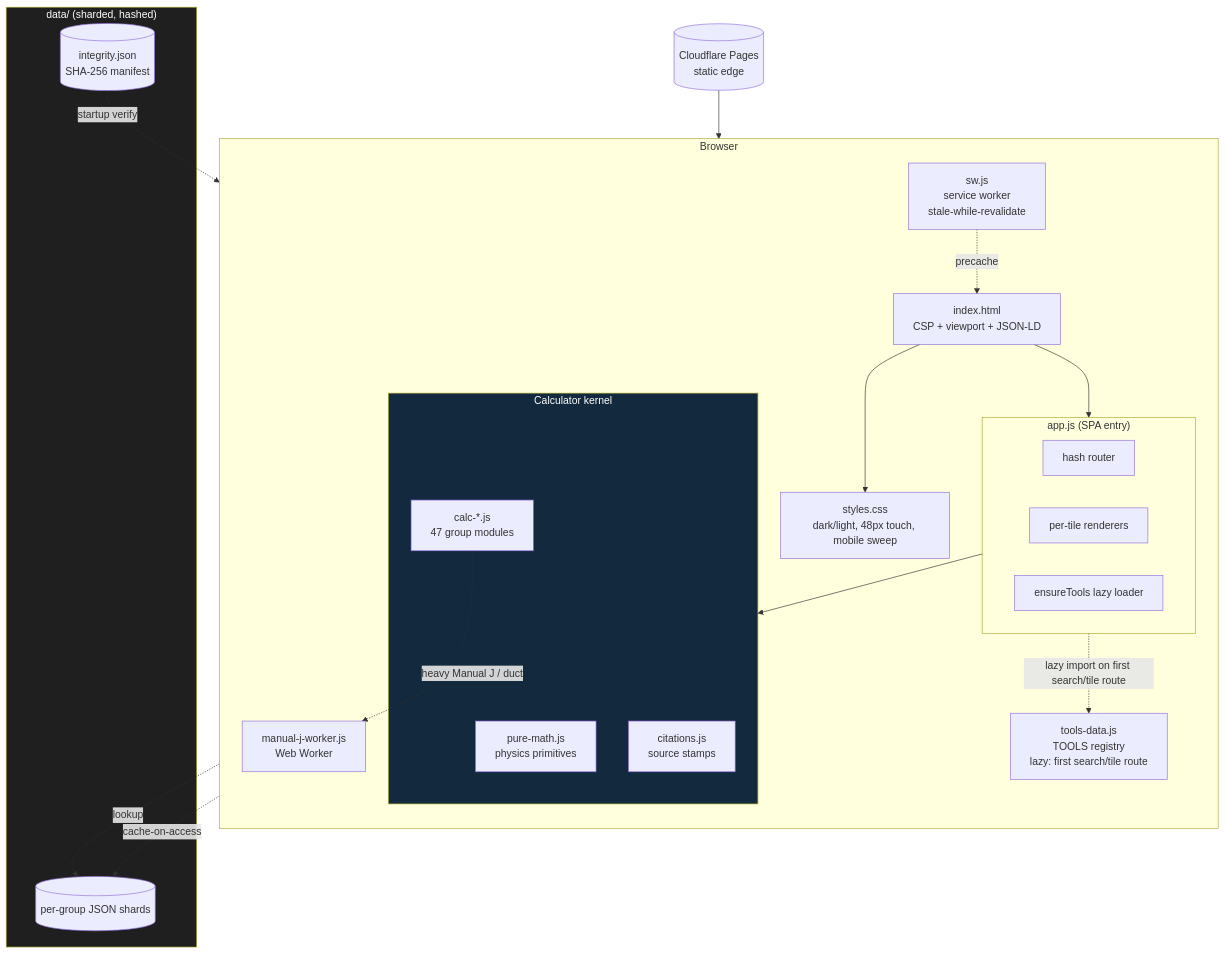
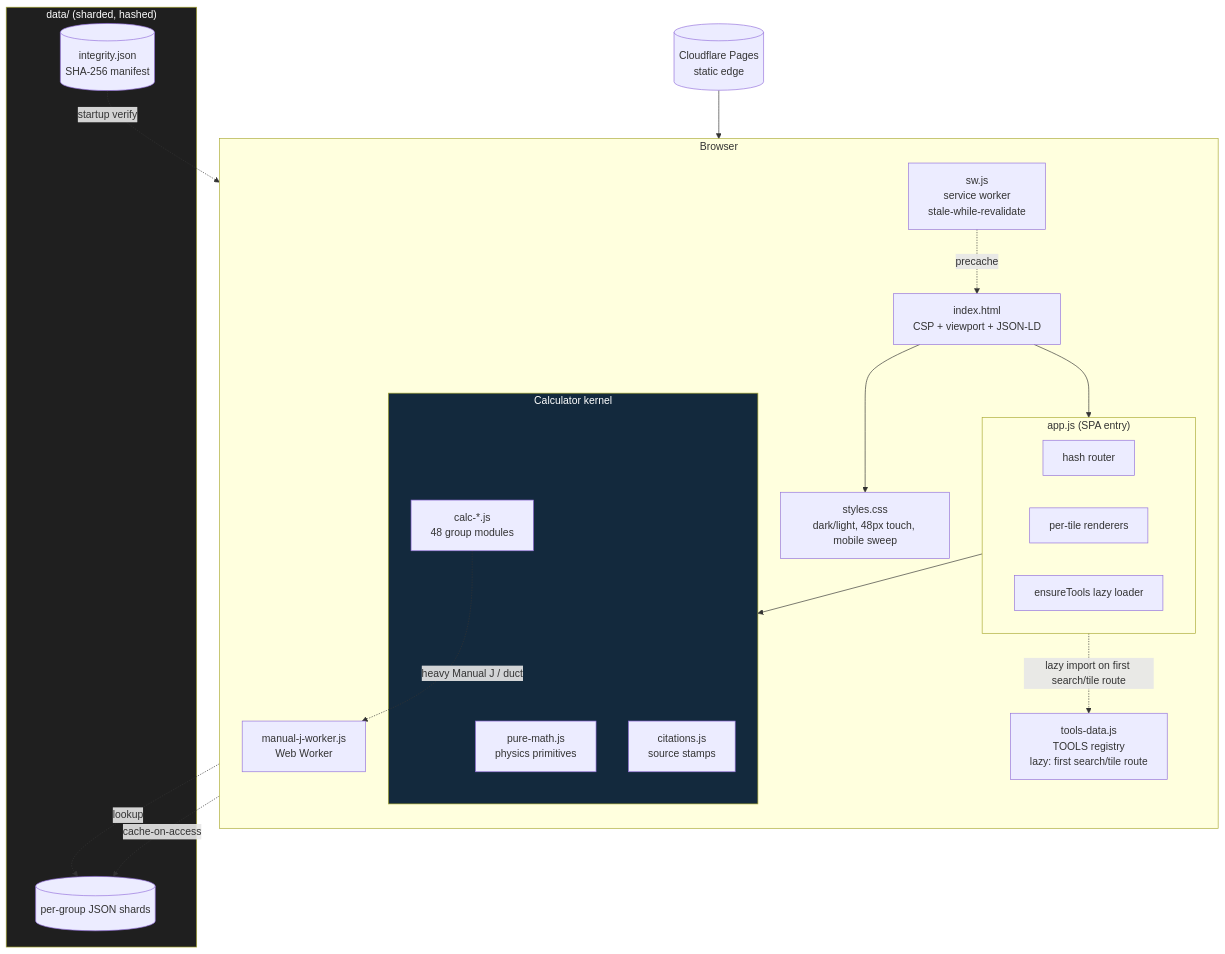
The second of 8 diagrams in README.md (clay-good/roughlogic.com), drawn with Mermaid before and after one commit. The commit also changed other lines of this file and 20 other files, not shown here.

````diff
--- a/README.md
+++ b/README.md
@@ -77,39 +77,39 @@
 ```mermaid
 flowchart TB
     subgraph Browser
         direction TB
         HTML[index.html\nCSP + viewport + JSON-LD]
         CSS[styles.css\ndark/light, 48px touch, mobile sweep]
         subgraph App["app.js (SPA entry)"]
             ROUTE[hash router]
             RENDER[per-tile renderers]
             ENSURE[ensureTools lazy loader]
         end
         TOOLS[tools-data.js\nTOOLS registry\nlazy: first search/tile route]
         subgraph Calc["Calculator kernel"]
             PM[pure-math.js\nphysics primitives]
-            CALC[calc-*.js\n47 group modules]
+            CALC[calc-*.js\n48 group modules]
             CIT[citations.js\nsource stamps]
         end
         SW[sw.js\nservice worker\nstale-while-revalidate]
         WORKER[manual-j-worker.js\nWeb Worker]
     end
     subgraph Data["data/ (sharded, hashed)"]
         SHARDS[(per-group JSON shards)]
         INTEG[(integrity.json\nSHA-256 manifest)]
     end
     CDN[(Cloudflare Pages\nstatic edge)]
 
     CDN --> HTML
     HTML --> CSS
     HTML --> App
     App -.lazy import on first search/tile route.-> TOOLS
     App --> Calc
     CALC -.->|heavy Manual J / duct| WORKER
     CALC -.->|lookup| SHARDS
     SW -.precache.-> HTML
     SW -.cache-on-access.-> SHARDS
     INTEG -.startup verify.-> App
     style Calc fill:#13293d,color:#fff
     style Data fill:#1f1f1f,color:#fff
 ```
````
